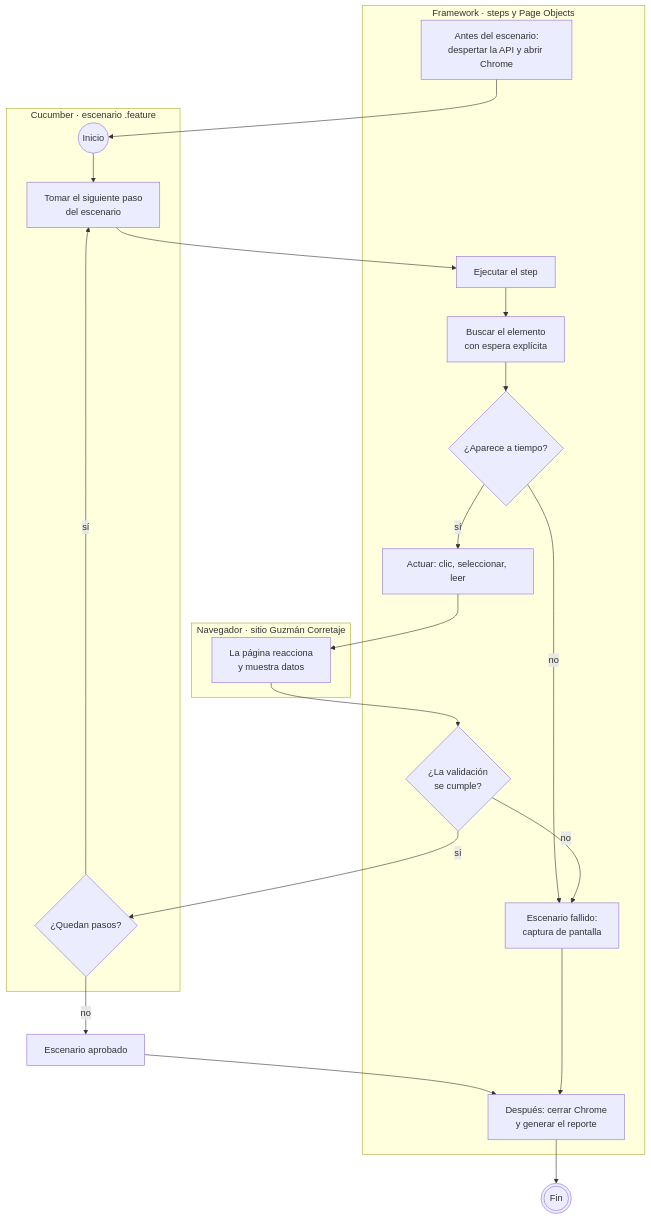
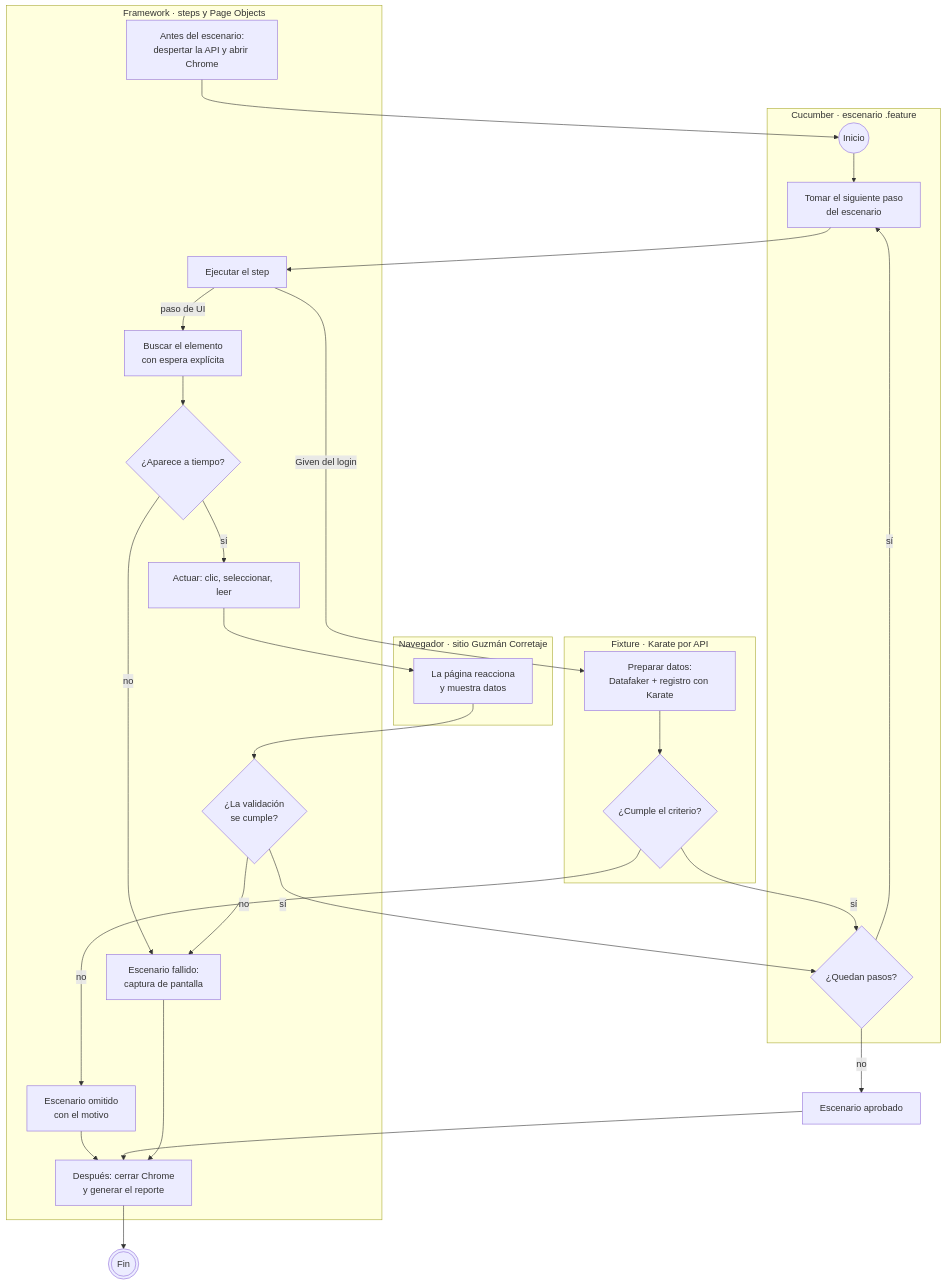
The first of 2 diagrams in README.md (pgp-qa-automation-labs/poc-selenium-cucumber), drawn with Mermaid before and after one commit. The commit also changed other lines of this file and 2 other files, not shown here.

First line of the commit message:
README de la rama: diagrama del fixture, guía para replicarlo y correcciones

````diff
--- a/README.md
+++ b/README.md
@@ -98,31 +110,40 @@
 ```mermaid
 flowchart TD
     subgraph CU["Cucumber · escenario .feature"]
         INI((Inicio)) --> PASO["Tomar el siguiente paso<br/>del escenario"]
         MAS{"¿Quedan pasos?"}
     end
     subgraph FW["Framework · steps y Page Objects"]
         ANTES["Antes del escenario:<br/>despertar la API y abrir Chrome"]
         STEP["Ejecutar el step"]
         BUSCA["Buscar el elemento<br/>con espera explícita"]
         HAY{"¿Aparece a tiempo?"}
         ACT["Actuar: clic, seleccionar, leer"]
+        OMIT["Escenario omitido<br/>con el motivo"]
         VAL{"¿La validación<br/>se cumple?"}
         FALLA["Escenario fallido:<br/>captura de pantalla"]
         DESP["Después: cerrar Chrome<br/>y generar el reporte"]
+    end
+    subgraph FX["Fixture · Karate por API"]
+        FIX["Preparar datos:<br/>Datafaker + registro con Karate"]
+        CRIT{"¿Cumple el criterio?"}
     end
     subgraph NAV["Navegador · sitio Guzmán Corretaje"]
         PAG["La página reacciona<br/>y muestra datos"]
     end
     ANTES --> INI
-    PASO --> STEP --> BUSCA --> HAY
+    PASO --> STEP
+    STEP -->|"paso de UI"| BUSCA --> HAY
+    STEP -->|"Given del login"| FIX --> CRIT
+    CRIT -->|sí| MAS
+    CRIT -->|no| OMIT --> DESP
     HAY -->|sí| ACT --> PAG --> VAL
     HAY -->|no| FALLA
     VAL -->|sí| MAS
     VAL -->|no| FALLA
     MAS -->|sí| PASO
     MAS -->|no| OK["Escenario aprobado"]
     OK --> DESP
     FALLA --> DESP
     DESP --> FIN(((Fin)))
 ```
````
